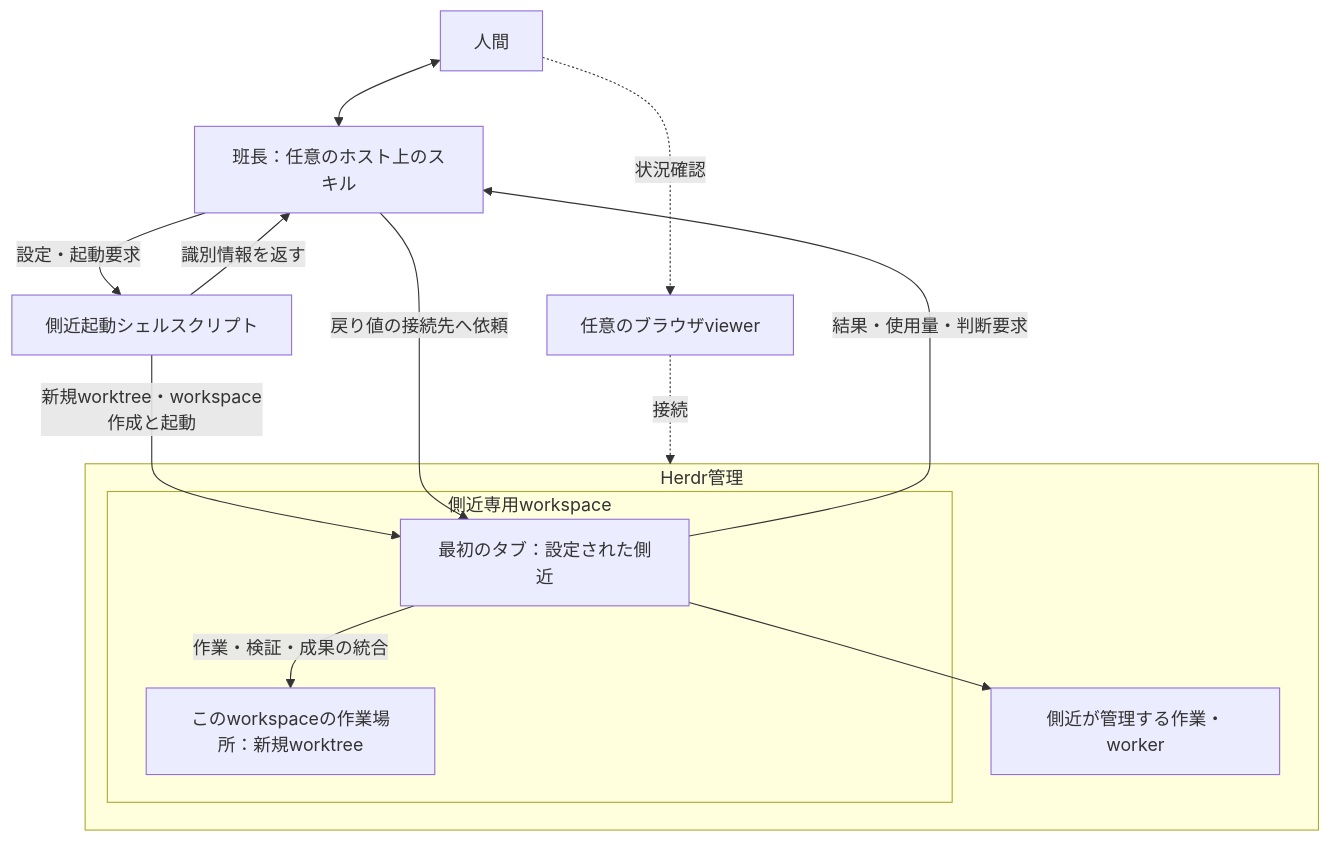
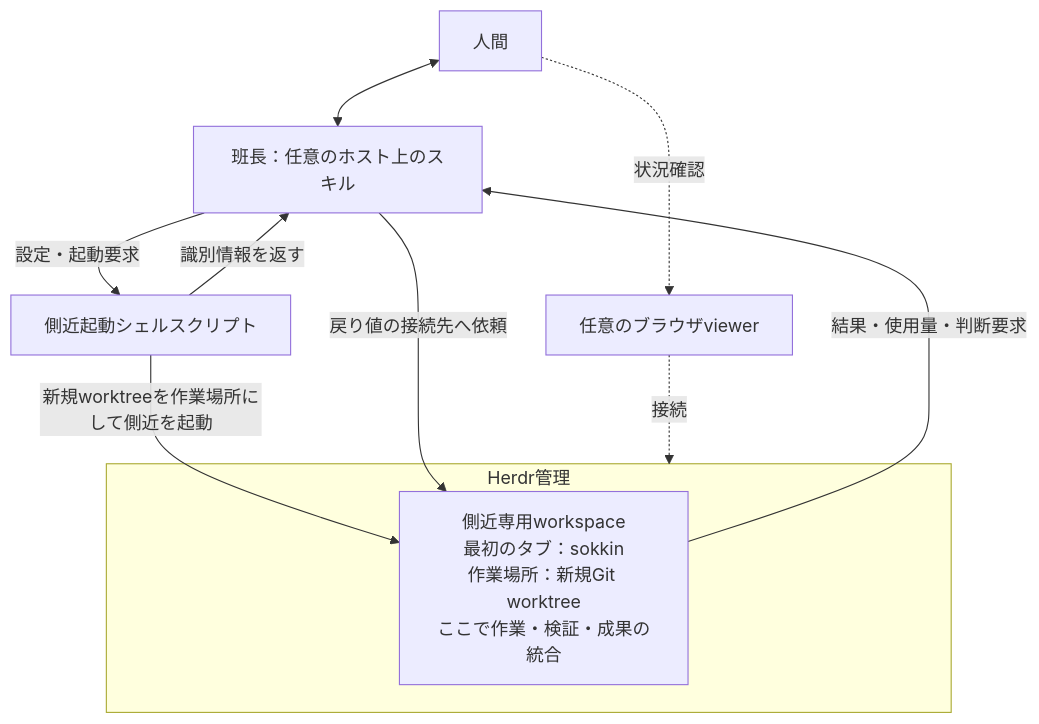
Before and after one commit to ykawase1011/hanchou: the diagram in docs/HANCHOU_V2_DESIGN.md, drawn with Mermaid. The commit also changed other lines of this file and 65 other files, not shown here.

````diff
--- a/docs/HANCHOU_V2_DESIGN.md
+++ b/docs/HANCHOU_V2_DESIGN.md
@@ -57,19 +57,14 @@
 ```mermaid
 flowchart TD
     Human[人間] <--> Leader[班長：任意のホスト上のスキル]
     Leader -->|設定・起動要求| Launch[側近起動シェルスクリプト]
-    Launch -->|新規worktree・workspace作成と起動| Sokkin
+    Launch -->|新規worktreeを作業場所にして側近を起動| Workspace
     Launch -->|識別情報を返す| Leader
-    Leader -->|戻り値の接続先へ依頼| Sokkin
-    Sokkin -->|結果・使用量・判断要求| Leader
+    Leader -->|戻り値の接続先へ依頼| Workspace
+    Workspace -->|結果・使用量・判断要求| Leader
     subgraph Herdr[Herdr管理]
-        subgraph Workspace[側近専用workspace]
-            Sokkin[最初のタブ：設定された側近]
-            Worktree[このworkspaceの作業場所：新規worktree]
-            Sokkin -->|作業・検証・成果の統合| Worktree
-        end
-        Sokkin --> Workers[側近が管理する作業・worker]
+        Workspace["側近専用workspace<br/>最初のタブ：sokkin<br/>作業場所：新規Git worktree<br/>ここで作業・検証・成果の統合"]
     end
     Human -. 状況確認 .-> Viewer[任意のブラウザviewer]
     Viewer -. 接続 .-> Herdr
 ```
````
